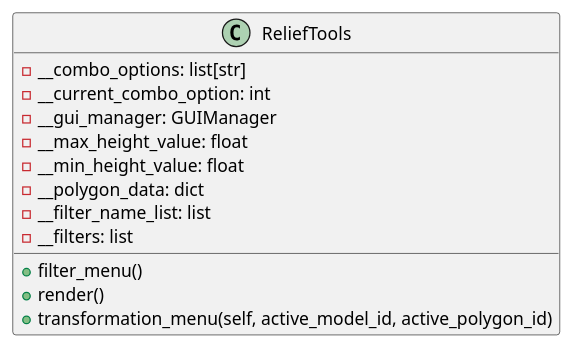
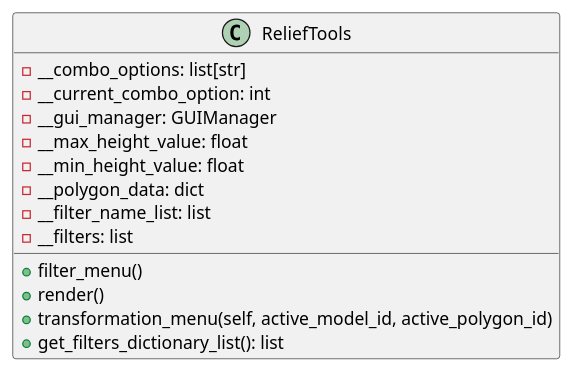
One commit to ferpoble2/Relief_Creator changed the diagram in docs/classes/ReliefTools.puml. Above: the diagram before and after it, drawn with PlantUML.

Commit message:
Updated diagram

```diff
--- a/docs/classes/ReliefTools.puml
+++ b/docs/classes/ReliefTools.puml
@@ -1,17 +1,18 @@
 @startuml
 class ReliefTools {
     - __combo_options: list[str]
     - __current_combo_option: int
     - __gui_manager: GUIManager
     - __max_height_value: float
     - __min_height_value: float
     - __polygon_data: dict
     - __filter_name_list: list
     - __filters: list
 
     + filter_menu()
     + render()
     + transformation_menu(self, active_model_id, active_polygon_id)
+    + get_filters_dictionary_list(): list
 }
 
 @enduml
```
